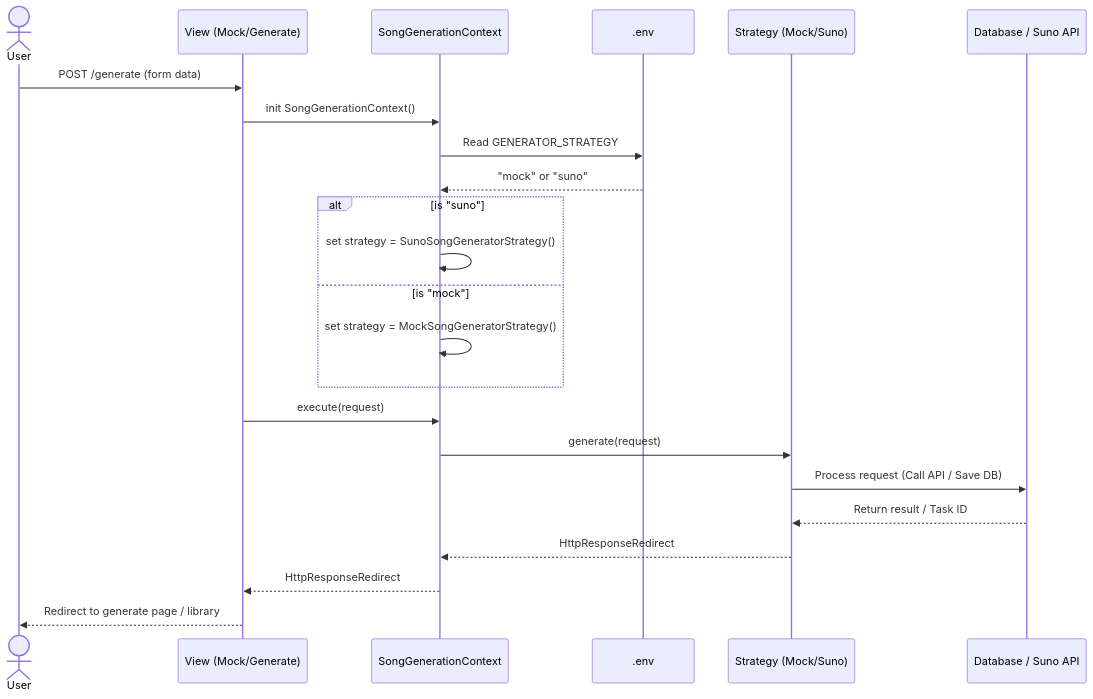
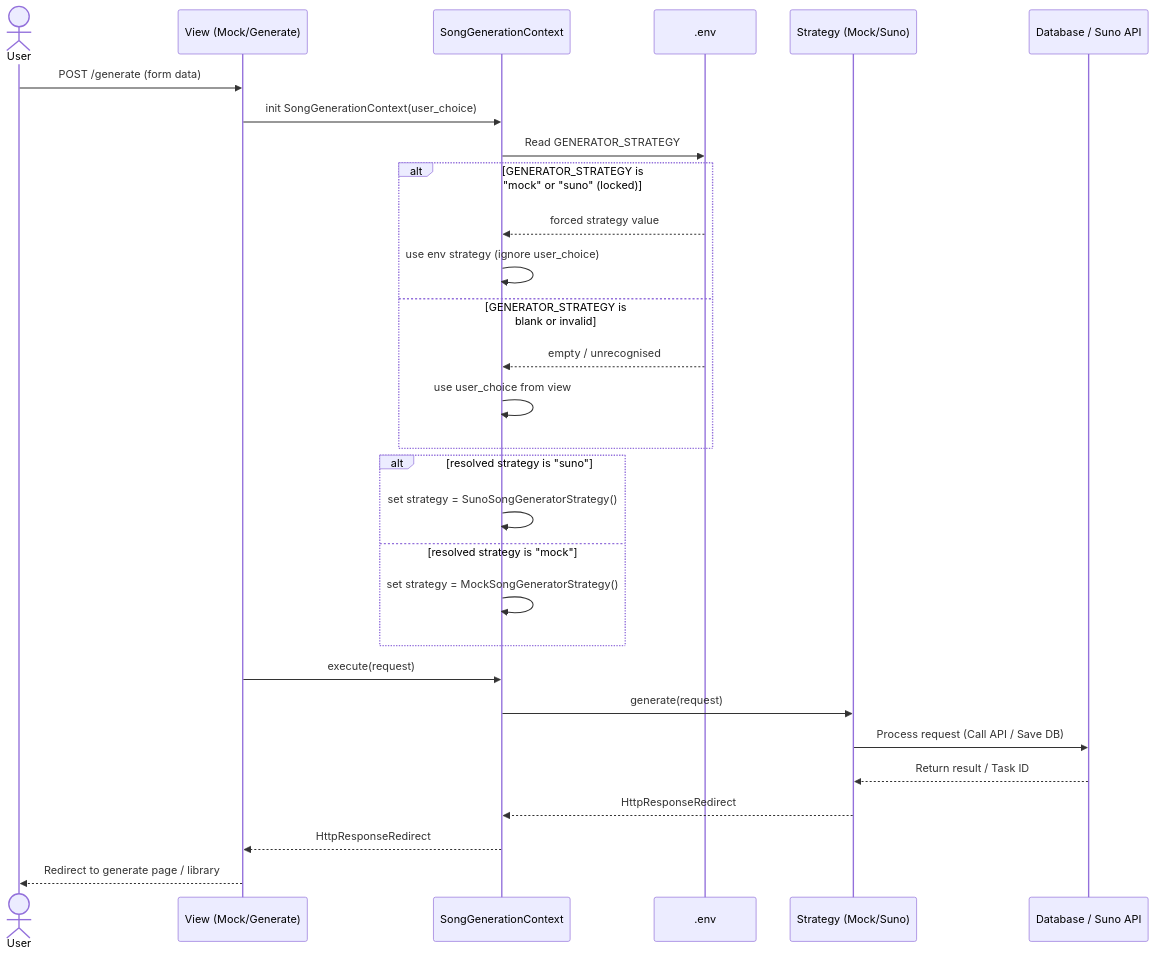
One commit to JirakornChaitanaporn/songGTP_CRUD changed the second of 2 diagrams in README.md. Above: the diagram before and after it, drawn with Mermaid. The commit also changed other lines of this file and 10 other files, not shown here.

````diff
--- a/README.md
+++ b/README.md
@@ -383,30 +423,37 @@
 ```mermaid
 sequenceDiagram
     actor User
     participant View as View (Mock/Generate)
     participant Context as SongGenerationContext
     participant Env as .env
     participant Strategy as Strategy (Mock/Suno)
     participant API as Database / Suno API
-    
+
     User->>View: POST /generate (form data)
-    View->>Context: init SongGenerationContext()
+    View->>Context: init SongGenerationContext(user_choice)
     Context->>Env: Read GENERATOR_STRATEGY
-    Env-->>Context: "mock" or "suno"
-    
-    alt is "suno"
+
+    alt GENERATOR_STRATEGY is "mock" or "suno" (locked)
+        Env-->>Context: forced strategy value
+        Context->>Context: use env strategy (ignore user_choice)
+    else GENERATOR_STRATEGY is blank or invalid
+        Env-->>Context: empty / unrecognised
+        Context->>Context: use user_choice from view
+    end
+
+    alt resolved strategy is "suno"
         Context->>Context: set strategy = SunoSongGeneratorStrategy()
-    else is "mock"
+    else resolved strategy is "mock"
         Context->>Context: set strategy = MockSongGeneratorStrategy()
     end
-    
+
     View->>Context: execute(request)
     Context->>Strategy: generate(request)
-    
+
     Strategy->>API: Process request (Call API / Save DB)
     API-->>Strategy: Return result / Task ID
-    
+
     Strategy-->>Context: HttpResponseRedirect
     Context-->>View: HttpResponseRedirect
     View-->>User: Redirect to generate page / library
 ```
````
